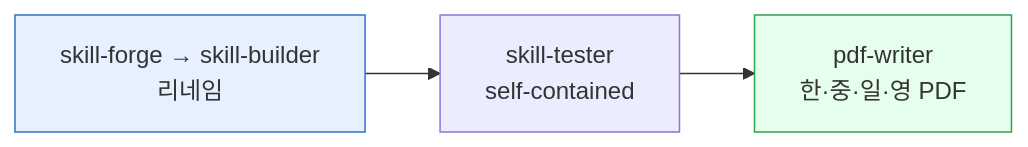
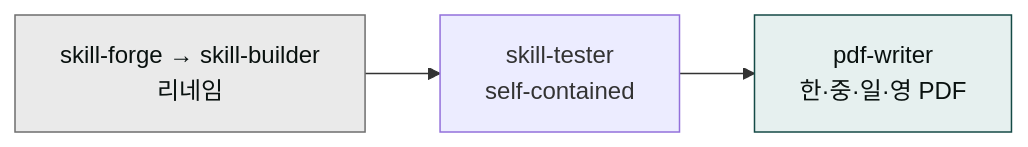
Before and after one commit to modu-ai/claude: the diagram in content/releases/v1.6.md, drawn with Mermaid. The commit also changed 97 other files, not shown here.

First line of the commit message:
style(docs-site): mermaid 색상 브랜드 정합 + 라이트 테마 단일화

````diff
--- a/content/releases/v1.6.md
+++ b/content/releases/v1.6.md
@@ -10,8 +10,8 @@
 ```mermaid
 flowchart LR
     A["skill-forge → skill-builder<br/>리네임"] --> B["skill-tester<br/>self-contained"]
     B --> C["pdf-writer<br/>한·중·일·영 PDF"]
 
-    style A fill:#e6f0ff,stroke:#3070d0
-    style C fill:#e6ffec,stroke:#30a050
+    style A fill:#eaeaea,stroke:#6e6e6e,color:#09110f
+    style C fill:#e6f0ef,stroke:#144a46,color:#09110f
 ```
````
